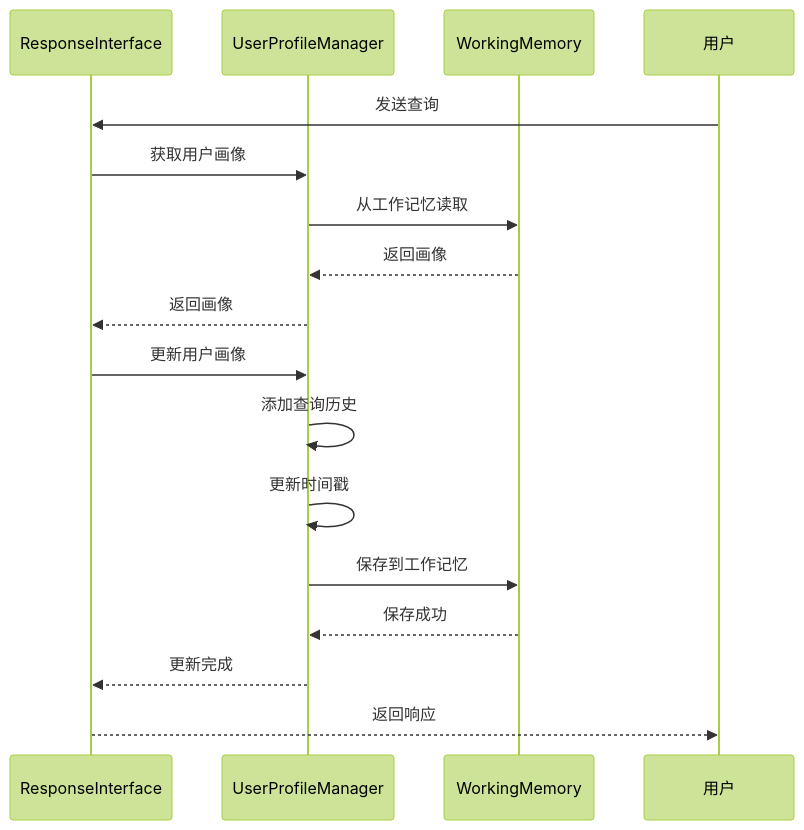
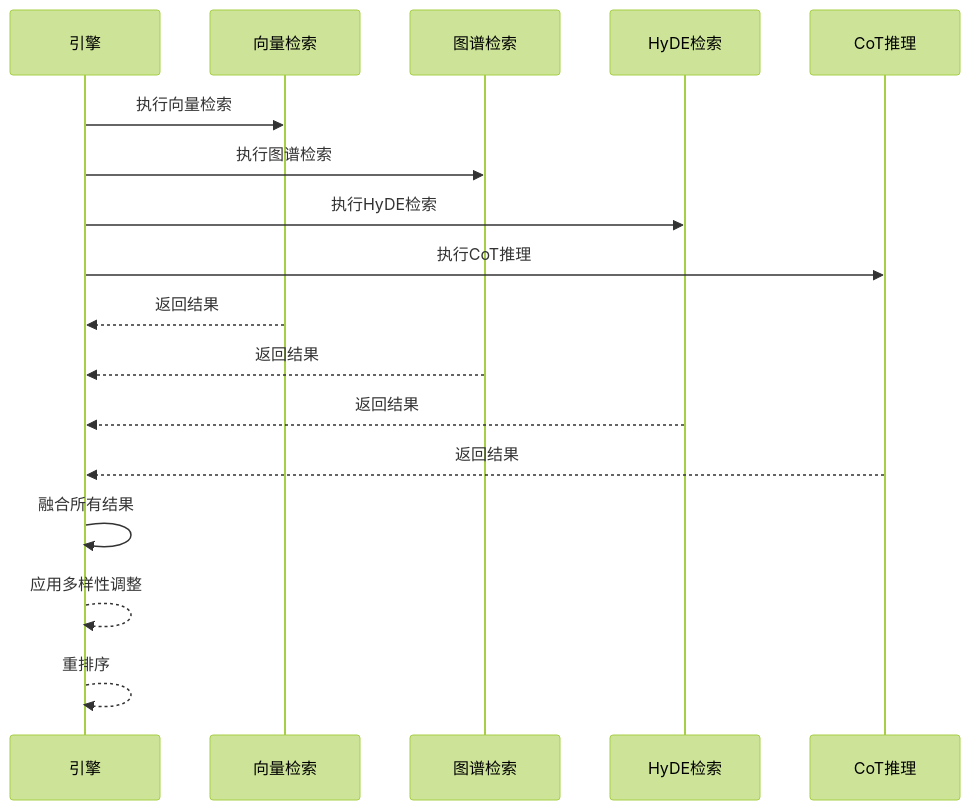
The seventh of 11 diagrams in .qoder/repowiki/zh/content/交互层模块/交互层模块.md (JieGaoPrinceton/NecoRAG), drawn with Mermaid (forest theme) before and after one commit. The commit also changed other lines of this file and 82 other files, not shown here.

````diff
--- a/.qoder/repowiki/zh/content/交互层模块/交互层模块.md
+++ b/.qoder/repowiki/zh/content/交互层模块/交互层模块.md
@@ -395,19 +359,19 @@
 ```mermaid
 sequenceDiagram
-participant RI as ResponseInterface
-participant PM as UserProfileManager
-participant WM as WorkingMemory
-participant User as 用户
-User->>RI : 发送查询
-RI->>PM : 获取用户画像
-PM->>WM : 从工作记忆读取
-WM-->>PM : 返回画像
-PM-->>RI : 返回画像
-RI->>PM : 更新用户画像
-PM->>PM : 添加查询历史
-PM->>PM : 更新时间戳
-PM->>WM : 保存到工作记忆
-WM-->>PM : 保存成功
-PM-->>RI : 更新完成
-RI-->>User : 返回响应
+participant Engine as 引擎
+participant Vector as 向量检索
+participant Graph as 图谱检索
+participant HyDE as HyDE检索
+participant CoT as CoT推理
+Engine->>Vector : 执行向量检索
+Engine->>Graph : 执行图谱检索
+Engine->>HyDE : 执行HyDE检索
+Engine->>CoT : 执行CoT推理
+Vector-->>Engine : 返回结果
+Graph-->>Engine : 返回结果
+HyDE-->>Engine : 返回结果
+CoT-->>Engine : 返回结果
+Engine->>Engine : 融合所有结果
+Engine-->>Engine : 应用多样性调整
+Engine-->>Engine : 重排序
 ```
````
